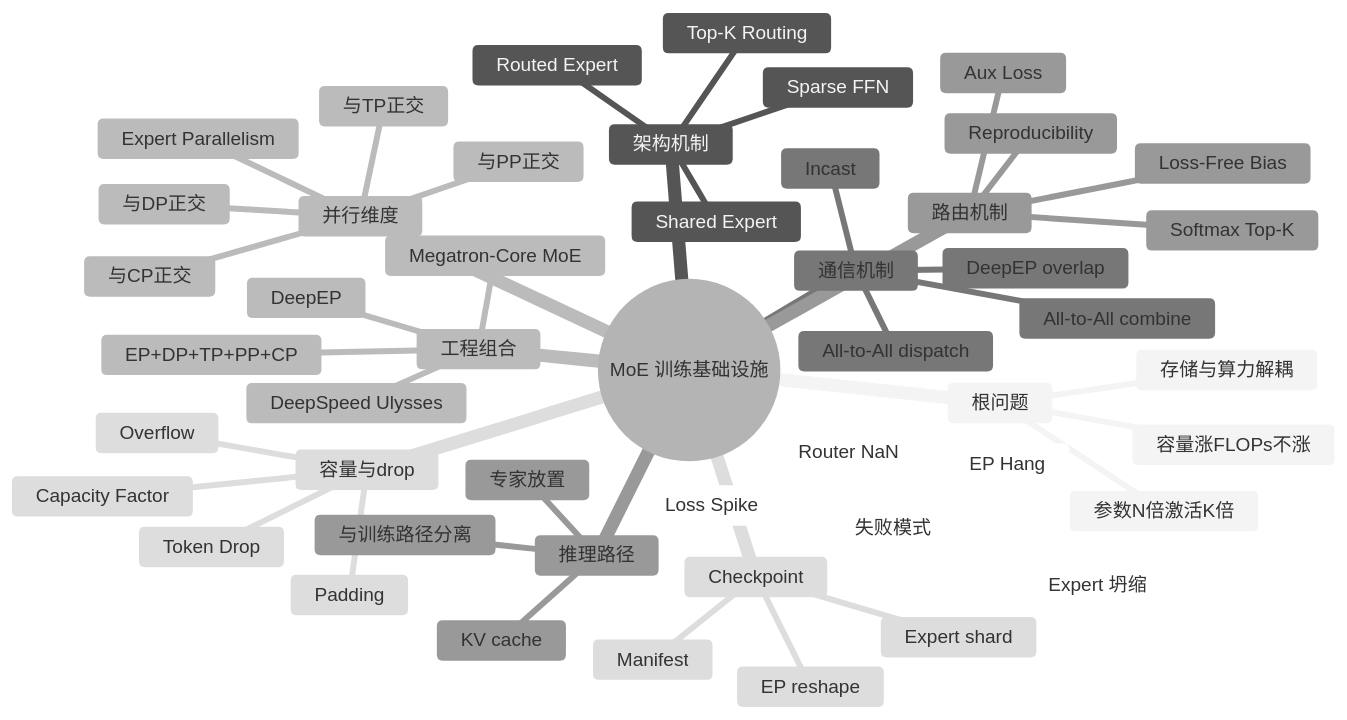
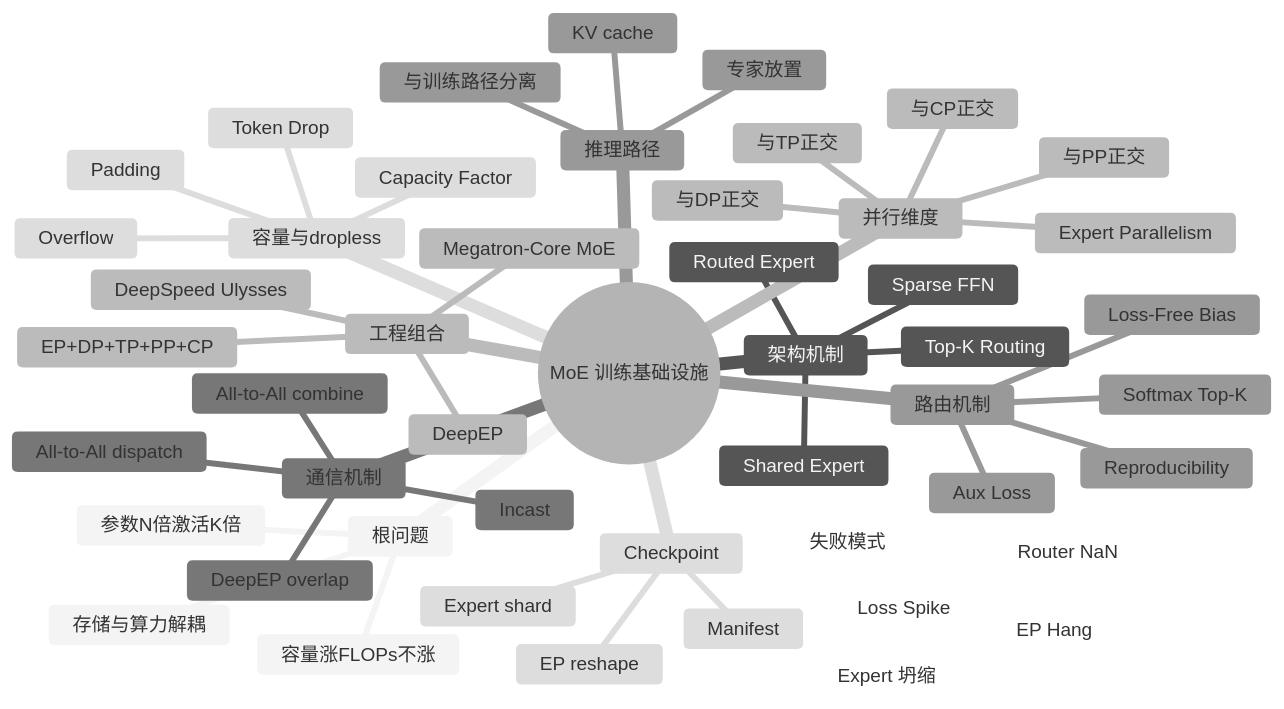
One commit to qxhy123/learn changed the first of 11 diagrams in ai-infra-tutorial/part3-training-infra/09e-moe-training-infrastructure.md. Above: the diagram before and after it, drawn with Mermaid (neutral theme). The commit also changed other lines of this file and 6 other files, not shown here.

````diff
--- a/ai-infra-tutorial/part3-training-infra/09e-moe-training-infrastructure.md
+++ b/ai-infra-tutorial/part3-training-infra/09e-moe-training-infrastructure.md
@@ -55,52 +55,52 @@
 ```mermaid
 mindmap
   root((MoE 训练基础设施))
     根问题
       容量涨FLOPs不涨
       参数N倍激活K倍
       存储与算力解耦
     架构机制
       Sparse FFN
       Top-K Routing
       Shared Expert
       Routed Expert
     并行维度
       Expert Parallelism
       与DP正交
       与TP正交
       与PP正交
       与CP正交
     通信机制
       All-to-All dispatch
       All-to-All combine
       Incast
       DeepEP overlap
     路由机制
       Softmax Top-K
       Aux Loss
       Loss-Free Bias
       Reproducibility
-    容量与drop
+    容量与dropless
       Capacity Factor
       Token Drop
       Padding
       Overflow
     失败模式
       Expert 坍缩
       Loss Spike
       Router NaN
       EP Hang
     Checkpoint
       Expert shard
       EP reshape
       Manifest
     工程组合
       EP+DP+TP+PP+CP
       Megatron-Core MoE
       DeepSpeed Ulysses
       DeepEP
     推理路径
       与训练路径分离
       专家放置
       KV cache
 ```
````
